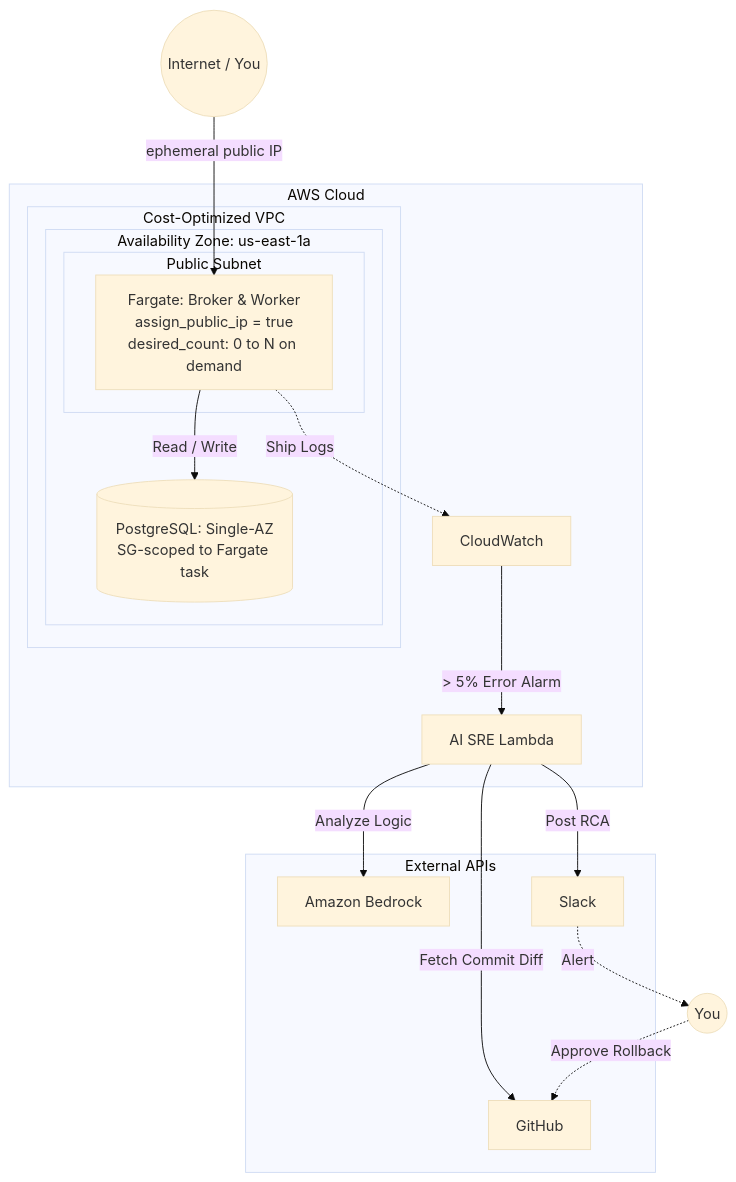
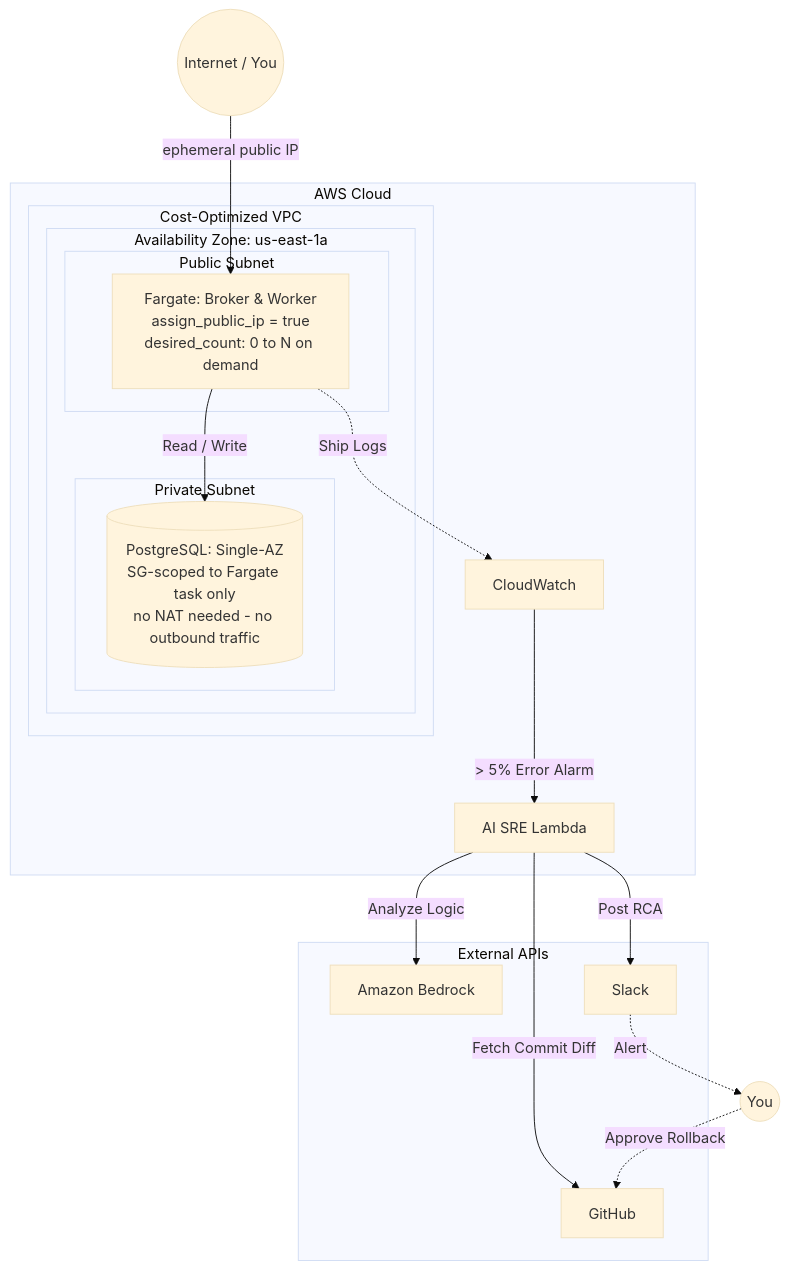
The diagram in README.md (aceransh/aegis), drawn with Mermaid (base theme) before and after one commit. The commit also changed other lines of this file and 5 other files, not shown here.

````diff
--- a/README.md
+++ b/README.md
@@ -42,38 +45,40 @@
 ```mermaid
 graph TD
     subgraph AWS Cloud
         subgraph Cost-Optimized VPC
             subgraph Availability Zone: us-east-1a
                 subgraph Public Subnet
                     FARGATE[Fargate: Broker & Worker<br/>assign_public_ip = true<br/>desired_count: 0 to N on demand]
                 end
-                RDS[(PostgreSQL: Single-AZ<br/>SG-scoped to Fargate task)]
+                subgraph Private Subnet
+                    RDS[(PostgreSQL: Single-AZ<br/>SG-scoped to Fargate task only<br/>no NAT needed - no outbound traffic)]
+                end
             end
         end
 
         CW[CloudWatch]
         LAMBDA[AI SRE Lambda]
     end
 
     %% Internal Traffic Flow
     Internet((Internet / You)) -->|ephemeral public IP| FARGATE
     FARGATE -->|Read / Write| RDS
 
     %% Observability Flow
     FARGATE -.->|Ship Logs| CW
     CW -->|> 5% Error Alarm| LAMBDA
 
     %% AI Agent Flow
     subgraph External APIs
         GH[GitHub]
         LLM[Amazon Bedrock]
         SLACK[Slack]
     end
 
     LAMBDA -->|Fetch Commit Diff| GH
     LAMBDA -->|Analyze Logic| LLM
     LAMBDA -->|Post RCA| SLACK
     USER((You)) -.->|Approve Rollback| GH
     SLACK -.->|Alert| USER
 
 ```
````
